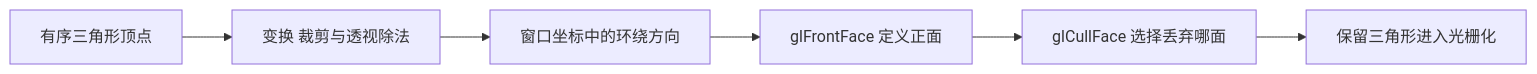
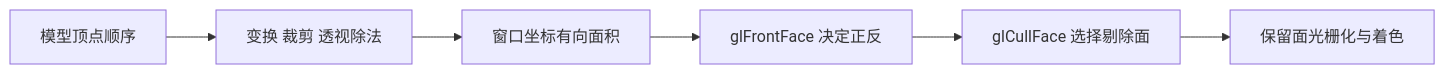
The diagram in docs/04_advanced_opengl/04_face_culling.md (with-fair-wind/OpenGL), drawn with Mermaid before and after one commit. The commit also changed other lines of this file and 107 other files, not shown here.

````diff
--- a/docs/04_advanced_opengl/04_face_culling.md
+++ b/docs/04_advanced_opengl/04_face_culling.md
@@ -14,8 +17,8 @@
 ```mermaid
 flowchart LR
-    A[有序三角形顶点] --> B[变换 裁剪与透视除法]
-    B --> C[窗口坐标中的环绕方向]
-    C --> D[glFrontFace 定义正面]
-    D --> E[glCullFace 选择丢弃哪面]
-    E --> F[保留三角形进入光栅化]
+    A[模型顶点顺序] --> B[变换 裁剪 透视除法]
+    B --> C[窗口坐标有向面积]
+    C --> D[glFrontFace 决定正反]
+    D --> E[glCullFace 选择剔除面]
+    E --> F[保留面光栅化与着色]
 ```
````
